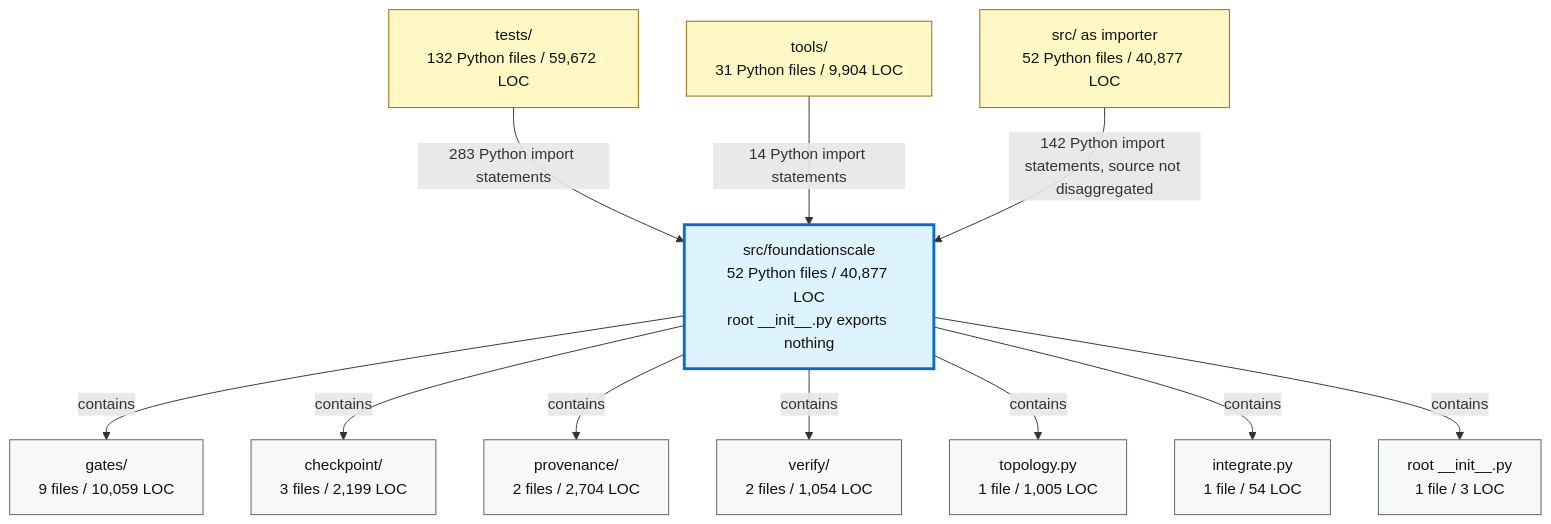
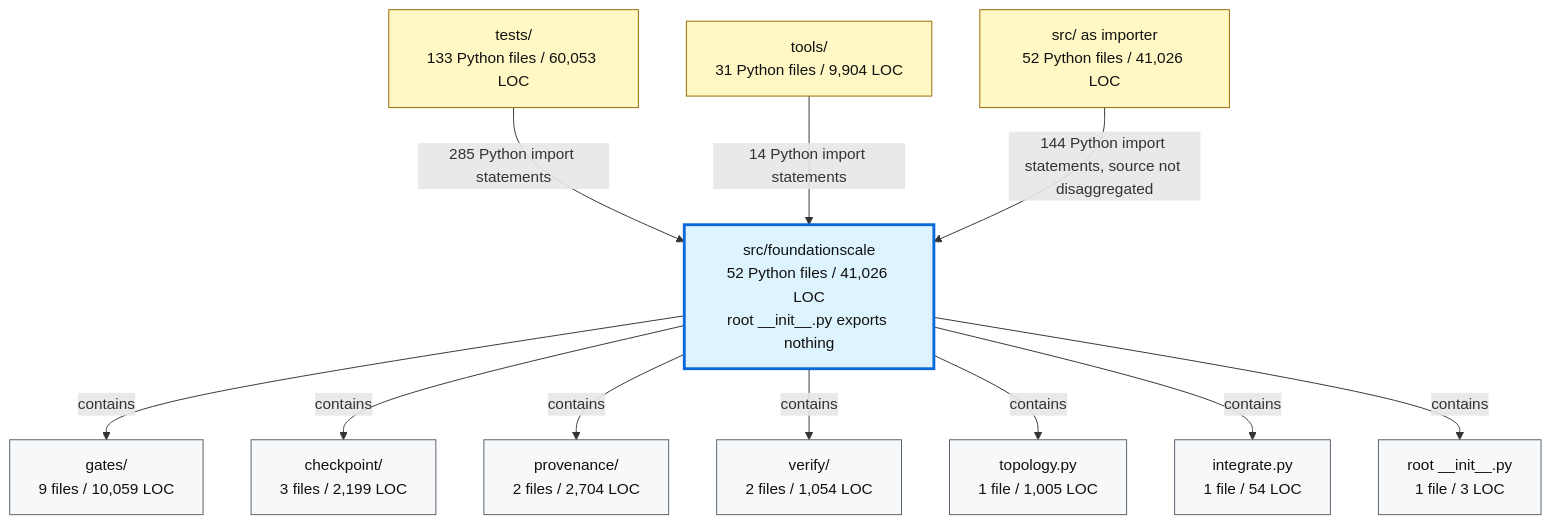
The second of 2 diagrams in docs/review/D2_current_architecture.md (TranNhiem/FoundationScale), drawn with Mermaid before and after one commit. The commit also changed other lines of this file and 13 other files, not shown here.

````diff
--- a/docs/review/D2_current_architecture.md
+++ b/docs/review/D2_current_architecture.md
@@ -97,36 +97,36 @@
 ```mermaid
 flowchart TB
-  TESTS["tests/<br/>132 Python files / 59,672 LOC"]
+  TESTS["tests/<br/>133 Python files / 60,053 LOC"]
   TOOLS["tools/<br/>31 Python files / 9,904 LOC"]
-  SRC["src/ as importer<br/>52 Python files / 40,877 LOC"]
+  SRC["src/ as importer<br/>52 Python files / 41,026 LOC"]
 
-  FS["src/foundationscale<br/>52 Python files / 40,877 LOC<br/>root __init__.py exports nothing"]
+  FS["src/foundationscale<br/>52 Python files / 41,026 LOC<br/>root __init__.py exports nothing"]
 
   GATES["gates/<br/>9 files / 10,059 LOC"]
   CKPT["checkpoint/<br/>3 files / 2,199 LOC"]
   PROV["provenance/<br/>2 files / 2,704 LOC"]
   VERIFY["verify/<br/>2 files / 1,054 LOC"]
   TOPO["topology.py<br/>1 file / 1,005 LOC"]
   INTEG["integrate.py<br/>1 file / 54 LOC"]
   ROOT["root __init__.py<br/>1 file / 3 LOC"]
 
-  TESTS -->|"283 Python import statements"| FS
+  TESTS -->|"285 Python import statements"| FS
   TOOLS -->|"14 Python import statements"| FS
-  SRC -->|"142 Python import statements, source not disaggregated"| FS
+  SRC -->|"144 Python import statements, source not disaggregated"| FS
 
   FS -->|"contains"| GATES
   FS -->|"contains"| CKPT
   FS -->|"contains"| PROV
   FS -->|"contains"| VERIFY
   FS -->|"contains"| TOPO
   FS -->|"contains"| INTEG
   FS -->|"contains"| ROOT
 
   classDef consumer fill:#fff8c5,stroke:#9a6700,color:#111;
   classDef package fill:#ddf4ff,stroke:#0969da,stroke-width:3px,color:#111;
   classDef module fill:#f6f8fa,stroke:#57606a,color:#111;
 
   class TESTS,TOOLS,SRC consumer;
   class FS package;
   class GATES,CKPT,PROV,VERIFY,TOPO,INTEG,ROOT module;
 ```
````
